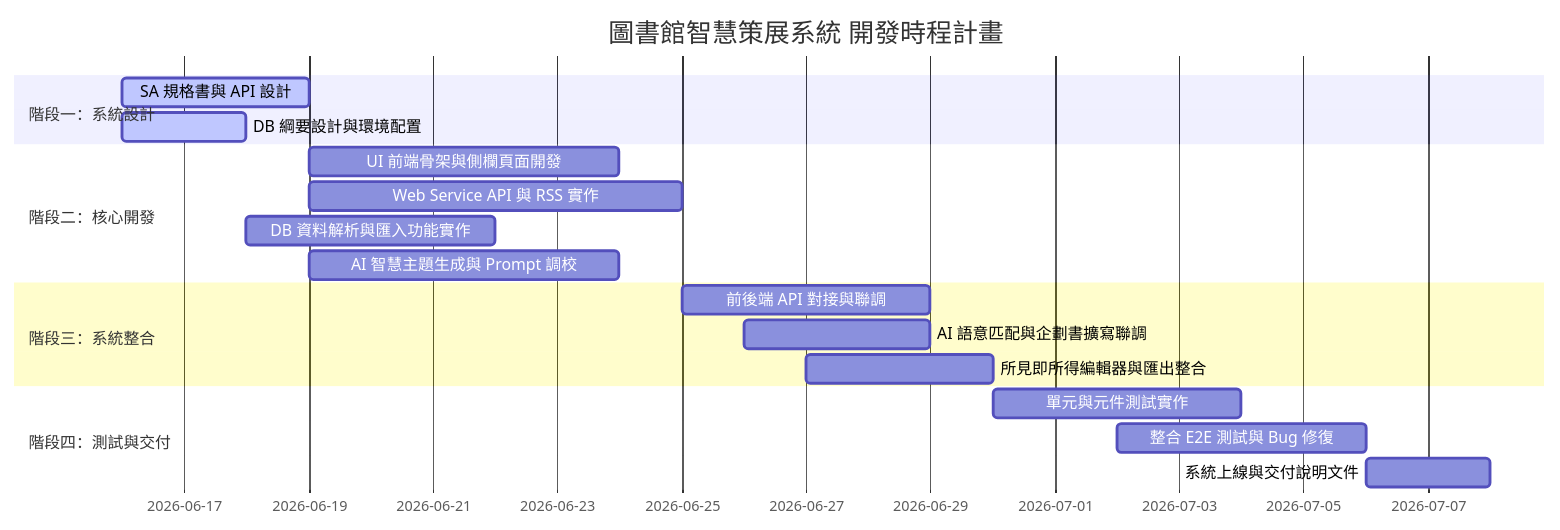
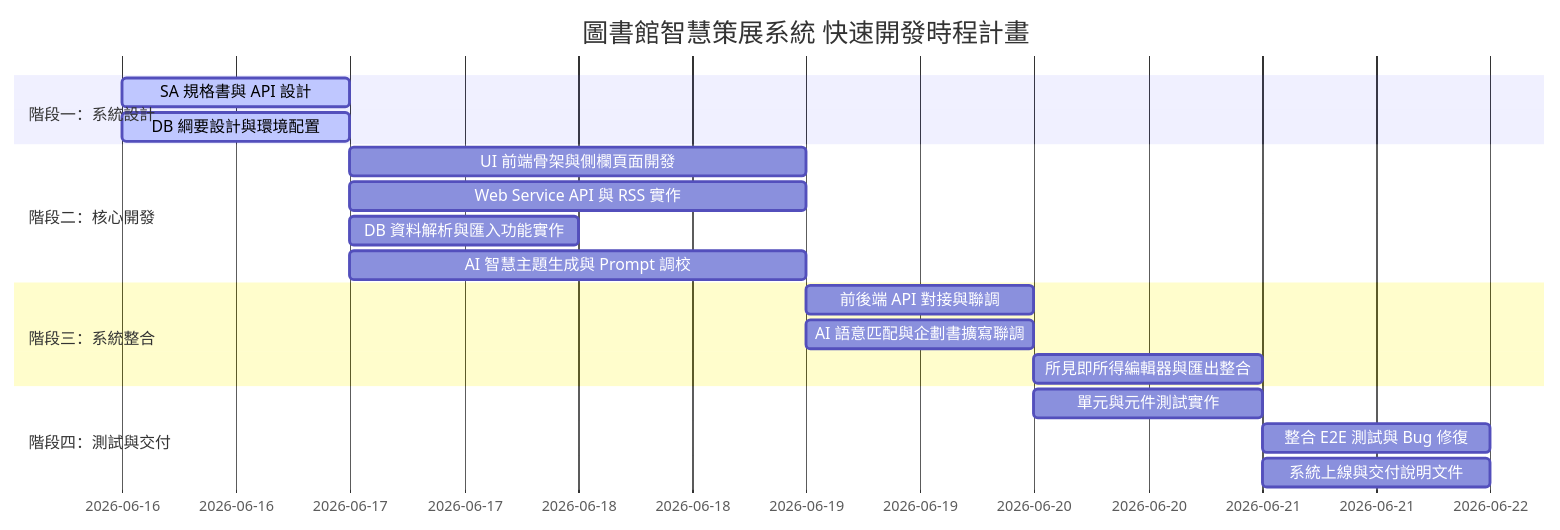
Before and after one commit to SHENG-NA05/BigData-Anlys-Viz: the diagram in documents/任務分工表.md, drawn with Mermaid.

Commit message:
docs: compress development timeline to end by 2026-06-21

````diff
--- a/documents/任務分工表.md
+++ b/documents/任務分工表.md
@@ -24,21 +24,21 @@
 ```mermaid
 gantt
-    title 圖書館智慧策展系統 開發時程計畫
+    title 圖書館智慧策展系統 快速開發時程計畫
     dateFormat  YYYY-MM-DD
     section 階段一：系統設計
-    SA 規格書與 API 設計        :active, p1, 2026-06-16, 3d
-    DB 綱要設計與環境配置       :active, p2, 2026-06-16, 2d
+    SA 規格書與 API 設計        :active, p1, 2026-06-16, 1d
+    DB 綱要設計與環境配置       :active, p2, 2026-06-16, 1d
     section 階段二：核心開發
-    UI 前端骨架與側欄頁面開發    : p3, 2026-06-19, 5d
-    Web Service API 與 RSS 實作 : p4, 2026-06-19, 6d
-    DB 資料解析與匯入功能實作    : p5, 2026-06-18, 4d
-    AI 智慧主題生成與 Prompt 調校 : p6, 2026-06-19, 5d
+    UI 前端骨架與側欄頁面開發    : p3, 2026-06-17, 2d
+    Web Service API 與 RSS 實作 : p4, 2026-06-17, 2d
+    DB 資料解析與匯入功能實作    : p5, 2026-06-17, 1d
+    AI 智慧主題生成與 Prompt 調校 : p6, 2026-06-17, 2d
     section 階段三：系統整合
-    前後端 API 對接與聯調       : p7, 2026-06-25, 4d
-    AI 語意匹配與企劃書擴寫聯調   : p8, 2026-06-26, 3d
-    所見即所得編輯器與匯出整合   : p9, 2026-06-27, 3d
+    前後端 API 對接與聯調       : p7, 2026-06-19, 1d
+    AI 語意匹配與企劃書擴寫聯調   : p8, 2026-06-19, 1d
+    所見即所得編輯器與匯出整合   : p9, 2026-06-20, 1d
     section 階段四：測試與交付
-    單元與元件測試實作           : p10, 2026-06-30, 4d
-    整合 E2E 測試與 Bug 修復    : p11, 2026-07-02, 4d
-    系統上線與交付說明文件       : p12, 2026-07-06, 2d
+    單元與元件測試實作           : p10, 2026-06-20, 1d
+    整合 E2E 測試與 Bug 修復    : p11, 2026-06-21, 1d
+    系統上線與交付說明文件       : p12, 2026-06-21, 1d
 ```
````
